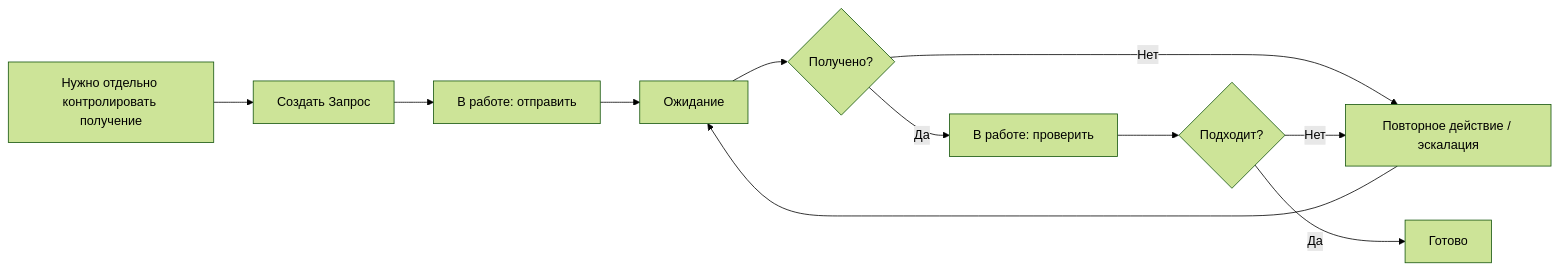
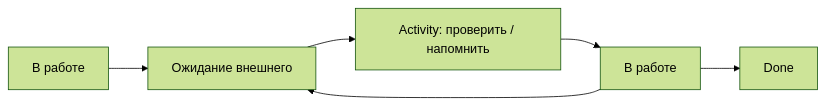
Before and after one commit to lazuale/department: the second of 2 diagrams in docs/02-scripts.md, drawn with Mermaid (forest theme). The commit also changed other lines of this file, not shown here.

````diff
--- a/docs/02-scripts.md
+++ b/docs/02-scripts.md
@@ -65,13 +66,8 @@
 ```mermaid
 flowchart LR
-    A[Нужно отдельно контролировать получение] --> B[Создать Запрос]
-    B --> C[В работе: отправить]
-    C --> D[Ожидание]
-    D --> E{Получено?}
-    E -- Нет --> F[Повторное действие / эскалация]
-    F --> D
-    E -- Да --> G[В работе: проверить]
-    G --> H{Подходит?}
-    H -- Нет --> F
-    H -- Да --> I[Готово]
+    W1[В работе] --> E[Ожидание внешнего]
+    E --> A[Activity: проверить / напомнить]
+    A --> W2[В работе]
+    W2 --> D[Done]
+    W2 --> E
 ```
````
